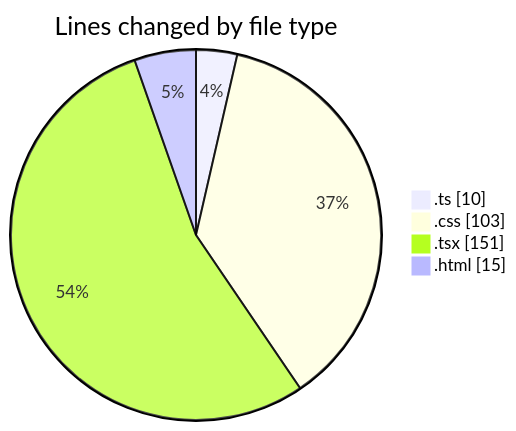
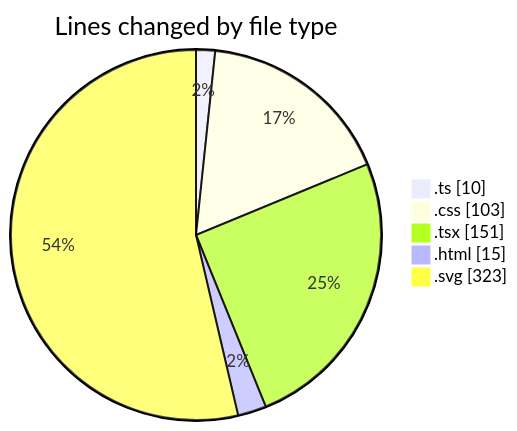
Before and after one commit to EIIisD/code-tracking: the first of 2 diagrams in 2025-07-31/tw-server/README.md, drawn with Mermaid. The commit also changed other lines of this file and 1 other file, not shown here.

````diff
--- a/2025-07-31/tw-server/README.md
+++ b/2025-07-31/tw-server/README.md
@@ -25,8 +26,9 @@
 ```mermaid
 pie showData
 title Lines changed by file type
 ".ts" : 10
 ".css" : 103
 ".tsx" : 151
 ".html" : 15
+".svg" : 323
 ```
````
